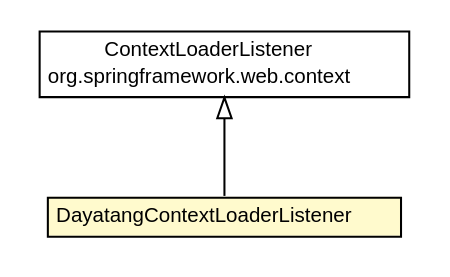
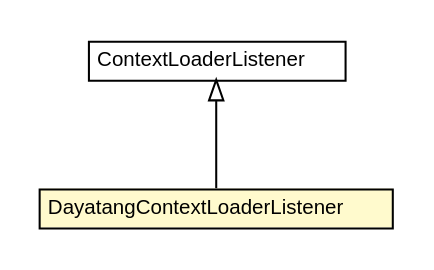
The diagram in dddlib-ioc/dddlib-ioc-spring/apidocs/org/dayatang/ioc/spring/webapp/DayatangContextLoaderListener.dot (dayatang/dddlib), drawn with Graphviz before and after one commit. The commit also changed 127 other files, not shown here.

```diff
--- a/dddlib-ioc/dddlib-ioc-spring/apidocs/org/dayatang/ioc/spring/webapp/DayatangContextLoaderListener.dot
+++ b/dddlib-ioc/dddlib-ioc-spring/apidocs/org/dayatang/ioc/spring/webapp/DayatangContextLoaderListener.dot
@@ -1,27 +1,26 @@
 #!/usr/local/bin/dot
 #
 # Class diagram 
 # Generated by UMLGraph version R5_6_6-8-g8d7759 (http://www.umlgraph.org/)
 #
 
 digraph G {
 	edge [fontname="Helvetica",fontsize=10,labelfontname="Helvetica",labelfontsize=10];
 	node [fontname="Helvetica",fontsize=10,shape=plaintext];
 	nodesep=0.25;
 	ranksep=0.5;
 	// org.dayatang.ioc.spring.webapp.DayatangContextLoaderListener
-	c22 [label=<<table title="org.dayatang.ioc.spring.webapp.DayatangContextLoaderListener" border="0" cellborder="1" cellspacing="0" cellpadding="2" port="p" bgcolor="lemonChiffon" href="./DayatangContextLoaderListener.html">
+	c18 [label=<<table title="org.dayatang.ioc.spring.webapp.DayatangContextLoaderListener" border="0" cellborder="1" cellspacing="0" cellpadding="2" port="p" bgcolor="lemonChiffon" href="./DayatangContextLoaderListener.html">
 		<tr><td><table border="0" cellspacing="0" cellpadding="1">
 <tr><td align="center" balign="center"> DayatangContextLoaderListener </td></tr>
 		</table></td></tr>
 		</table>>, URL="./DayatangContextLoaderListener.html", fontname="Helvetica", fontcolor="black", fontsize=10.0];
 	//org.dayatang.ioc.spring.webapp.DayatangContextLoaderListener extends org.springframework.web.context.ContextLoaderListener
-	c24:p -> c22:p [dir=back,arrowtail=empty];
+	c20:p -> c18:p [dir=back,arrowtail=empty];
 	// org.springframework.web.context.ContextLoaderListener
-	c24 [label=<<table title="org.springframework.web.context.ContextLoaderListener" border="0" cellborder="1" cellspacing="0" cellpadding="2" port="p" href="http://java.sun.com/j2se/1.4.2/docs/api/org/springframework/web/context/ContextLoaderListener.html">
+	c20 [label=<<table title="org.springframework.web.context.ContextLoaderListener" border="0" cellborder="1" cellspacing="0" cellpadding="2" port="p">
 		<tr><td><table border="0" cellspacing="0" cellpadding="1">
 <tr><td align="center" balign="center"> ContextLoaderListener </td></tr>
-<tr><td align="center" balign="center"> org.springframework.web.context </td></tr>
 		</table></td></tr>
-		</table>>, URL="http://java.sun.com/j2se/1.4.2/docs/api/org/springframework/web/context/ContextLoaderListener.html", fontname="Helvetica", fontcolor="black", fontsize=10.0];
+		</table>>, URL="null", fontname="Helvetica", fontcolor="black", fontsize=10.0];
 }
```
